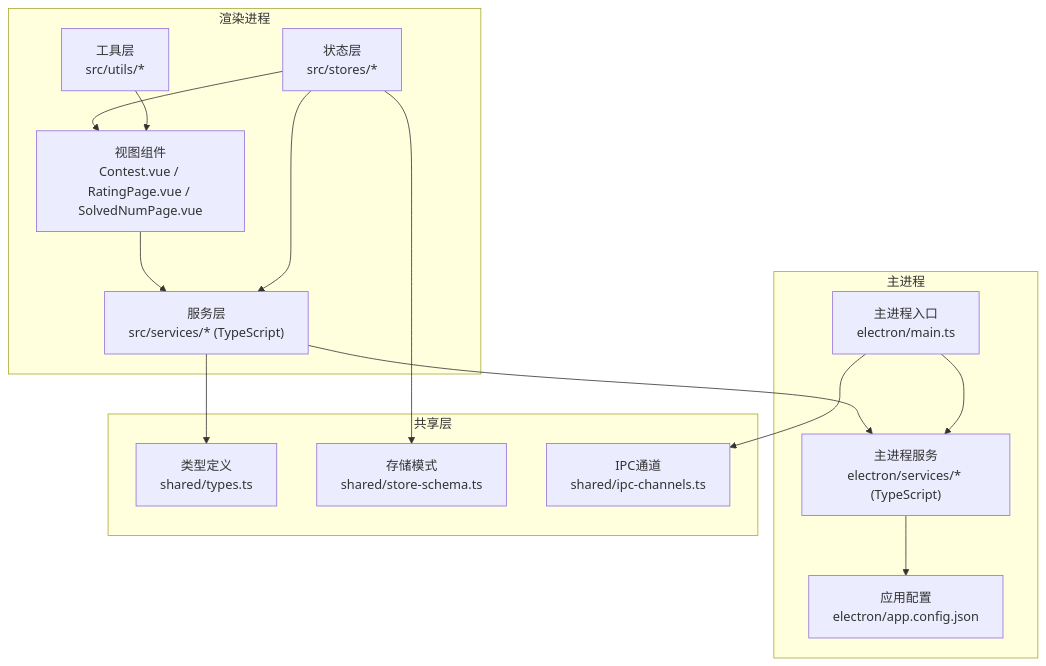
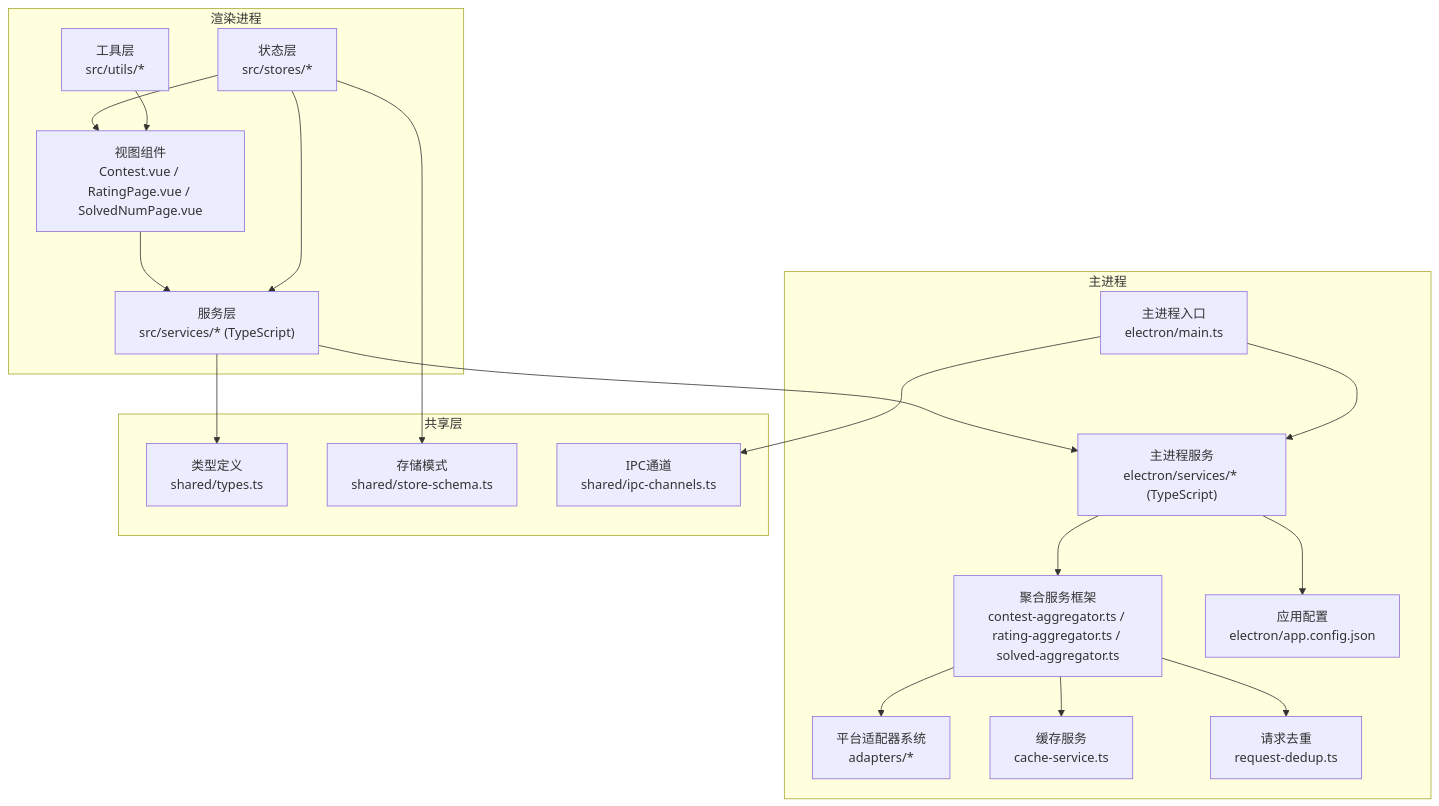
Before and after one commit to Siborne/OJFlow: the first of 10 diagrams in .qoder/repowiki/zh/content/核心功能模块/核心功能模块.md, drawn with Mermaid. The commit also changed other lines of this file and 23 other files, not shown here.

````diff
--- a/.qoder/repowiki/zh/content/核心功能模块/核心功能模块.md
+++ b/.qoder/repowiki/zh/content/核心功能模块/核心功能模块.md
@@ -51,29 +65,37 @@
 ```mermaid
 graph TB
 subgraph "渲染进程"
 Views["视图组件<br/>Contest.vue / RatingPage.vue / SolvedNumPage.vue"]
 Services["服务层<br/>src/services/* (TypeScript)"]
 Stores["状态层<br/>src/stores/*"]
 Utils["工具层<br/>src/utils/*"]
 end
 subgraph "主进程"
 MainServices["主进程服务<br/>electron/services/* (TypeScript)"]
+Aggregator["聚合服务框架<br/>contest-aggregator.ts / rating-aggregator.ts / solved-aggregator.ts"]
+Adapters["平台适配器系统<br/>adapters/*"]
+Cache["缓存服务<br/>cache-service.ts"]
+Dedup["请求去重<br/>request-dedup.ts"]
 Main["主进程入口<br/>electron/main.ts"]
 Config["应用配置<br/>electron/app.config.json"]
 end
 subgraph "共享层"
 Types["类型定义<br/>shared/types.ts"]
 StoreSchema["存储模式<br/>shared/store-schema.ts"]
 IPC["IPC通道<br/>shared/ipc-channels.ts"]
 end
 Views --> Services
 Services --> MainServices
 Services --> Types
 Stores --> Views
 Stores --> Services
 Stores --> StoreSchema
 Utils --> Views
+MainServices --> Aggregator
+Aggregator --> Adapters
+Aggregator --> Cache
+Aggregator --> Dedup
 MainServices --> Config
 Main --> IPC
 Main --> MainServices
 ```
````
